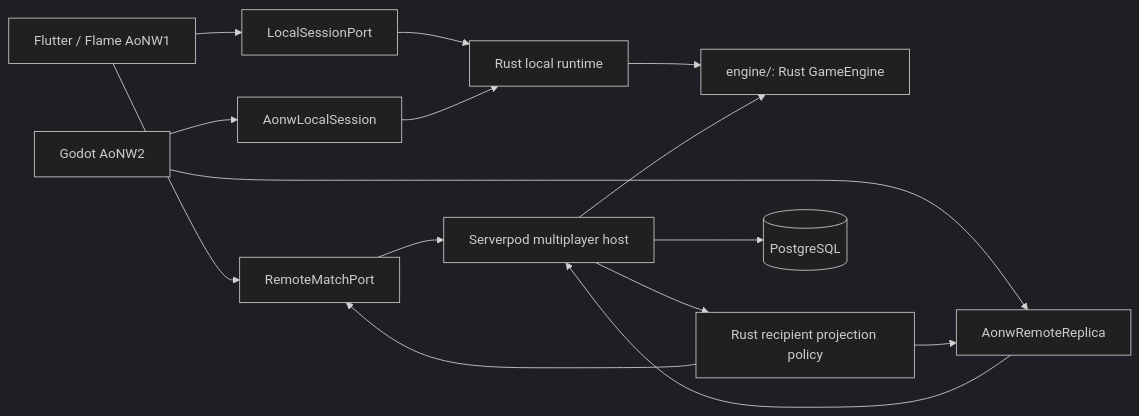
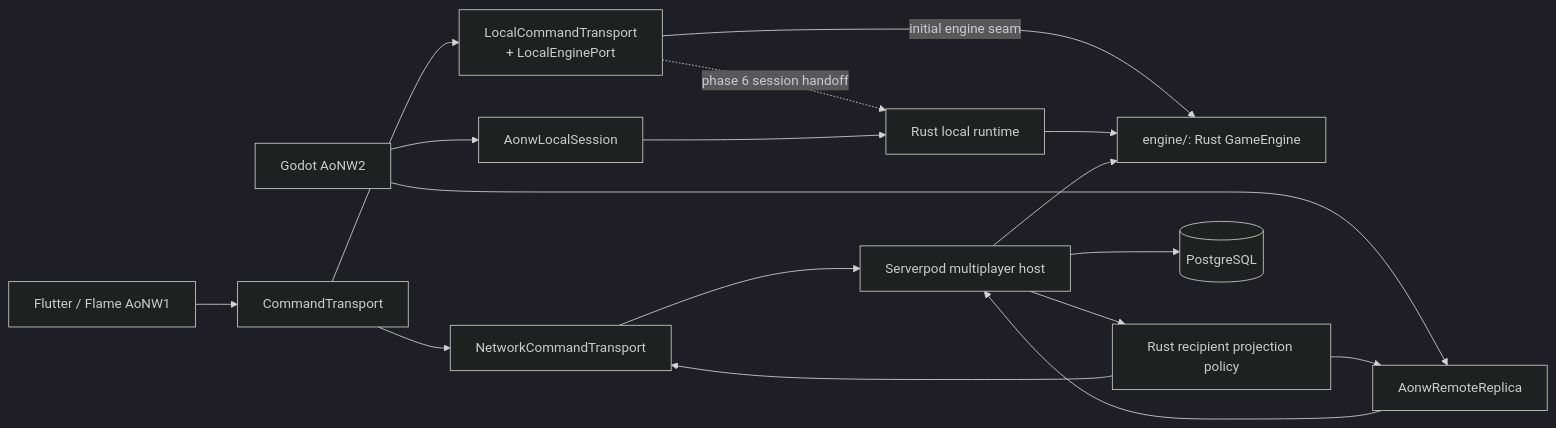
Before and after one commit to ernestwisniewski/aonw: the first of 2 diagrams in docs/rust-engine-migration.md, drawn with Mermaid (dark theme). The commit also changed other lines of this file and 5 other files, not shown here.

````diff
--- a/docs/rust-engine-migration.md
+++ b/docs/rust-engine-migration.md
@@ -60,21 +70,23 @@
 ```mermaid
 flowchart LR
   Flutter["Flutter / Flame AoNW1"]
   Godot["Godot AoNW2"]
 
-  Flutter --> FlutterLocal["LocalSessionPort"]
+  Flutter --> FlutterDispatch["CommandTransport"]
+  FlutterDispatch --> FlutterLocal["LocalCommandTransport<br/>+ LocalEnginePort"]
+  FlutterDispatch --> FlutterRemote["NetworkCommandTransport"]
   Godot --> GodotLocal["AonwLocalSession"]
-  FlutterLocal --> Local["Rust local runtime"]
+  FlutterLocal -->|"initial engine seam"| Engine
+  FlutterLocal -. "phase 6 session handoff" .-> Local["Rust local runtime"]
   GodotLocal --> Local
   Local --> Engine["engine/: Rust GameEngine"]
 
-  Flutter --> FlutterRemote["RemoteMatchPort"]
   Godot --> GodotRemote["AonwRemoteReplica"]
   FlutterRemote --> Server["Serverpod multiplayer host"]
   GodotRemote --> Server
   Server --> Engine
   Server --> Projection["Rust recipient projection policy"]
   Projection --> FlutterRemote
   Projection --> GodotRemote
   Server --> Database[("PostgreSQL")]
 ```
````
